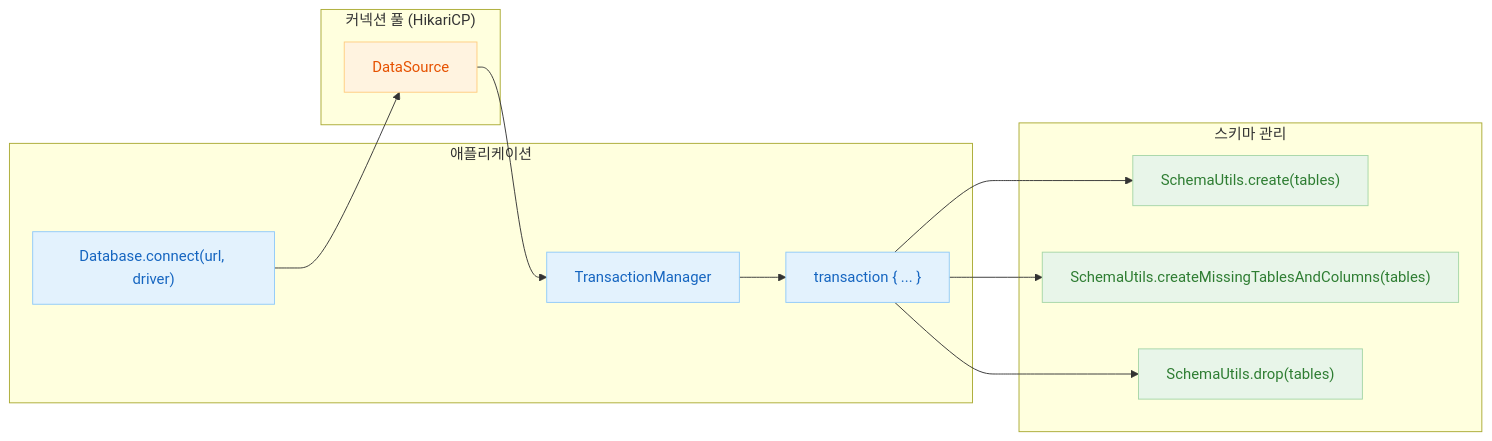
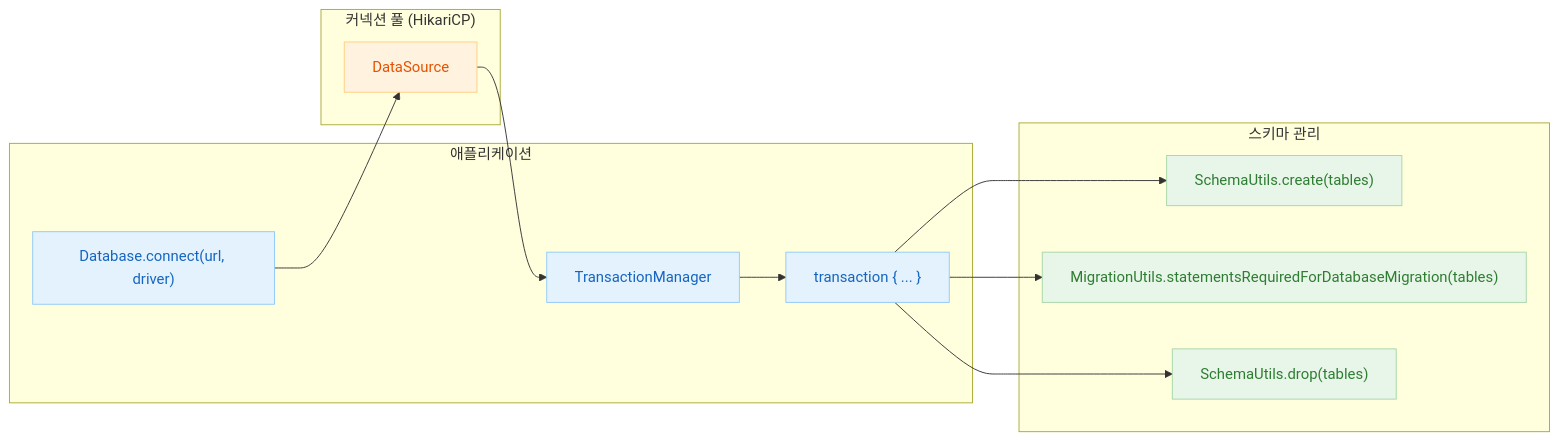
Before and after one commit to bluetape4k/exposed-workshop: the diagram in 04-exposed-ddl/README.ko.md, drawn with Mermaid. The commit also changed 42 other files, not shown here.

````diff
--- a/04-exposed-ddl/README.ko.md
+++ b/04-exposed-ddl/README.ko.md
@@ -28,33 +28,33 @@
 ```mermaid
 %%{init: {"theme": "neutral", "themeVariables": {"fontFamily": "'Comic Mono', 'goorm sans code', 'JetBrains Mono', 'goorm sans'"}}}%%
 flowchart LR
     subgraph App["애플리케이션"]
         DB["Database.connect(url, driver)"]
         TP["TransactionManager"]
         TX["transaction { ... }"]
     end
 
     subgraph DDL["스키마 관리"]
         SC["SchemaUtils.create(tables)"]
-        SM["SchemaUtils.createMissingTablesAndColumns(tables)"]
+        SM["MigrationUtils.statementsRequiredForDatabaseMigration(tables)"]
         SD["SchemaUtils.drop(tables)"]
     end
 
     subgraph Pool["커넥션 풀 (HikariCP)"]
         DS["DataSource"]
     end
 
     DB --> DS
     DS --> TP
     TP --> TX
     TX --> SC & SM & SD
 
     classDef blue fill:#E3F2FD,stroke:#90CAF9,color:#1565C0
     classDef green fill:#E8F5E9,stroke:#A5D6A7,color:#2E7D32
     classDef orange fill:#FFF3E0,stroke:#FFCC80,color:#E65100
     classDef purple fill:#F3E5F5,stroke:#CE93D8,color:#6A1B9A
 
     class DB,TP,TX blue
     class SC,SM,SD green
     class DS orange
 ```
````
